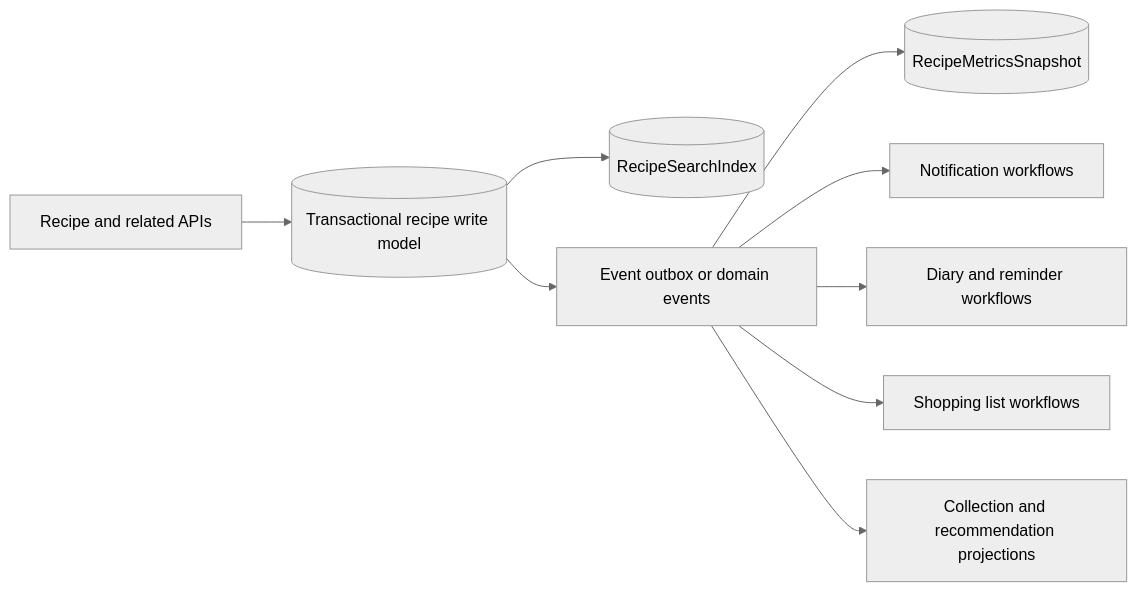
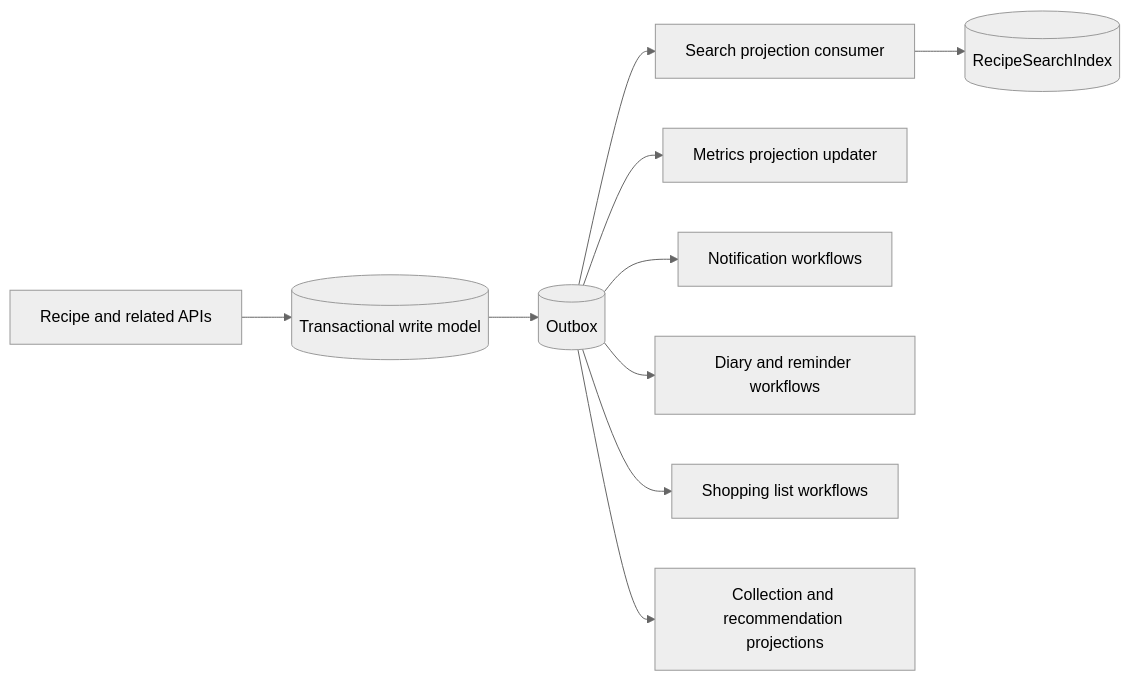
One commit to dgee2/Menu changed the third of 4 diagrams in docs/specs/recipe-creation-target-architecture.md. Above: the diagram before and after it, drawn with Mermaid (neutral theme). The commit also changed other lines of this file, not shown here.

Commit message:
docs: add ddd and async projection architecture

````diff
--- a/docs/specs/recipe-creation-target-architecture.md
+++ b/docs/specs/recipe-creation-target-architecture.md
@@ -788,11 +938,12 @@
 ```mermaid
 flowchart LR
-    A[Recipe and related APIs] --> B[(Transactional recipe write model)]
-    B --> C[(RecipeSearchIndex)]
-    B --> D[Event outbox or domain events]
-    D --> E[(RecipeMetricsSnapshot)]
-    D --> F[Notification workflows]
-    D --> G[Diary and reminder workflows]
-    D --> H[Shopping list workflows]
-    D --> I[Collection and recommendation projections]
+    A[Recipe and related APIs] --> B[(Transactional write model)]
+    B --> C[(Outbox)]
+    C --> D[Search projection consumer]
+    C --> E[Metrics projection updater]
+    C --> F[Notification workflows]
+    C --> G[Diary and reminder workflows]
+    C --> H[Shopping list workflows]
+    C --> I[Collection and recommendation projections]
+    D --> J[(RecipeSearchIndex)]
 ```
````
